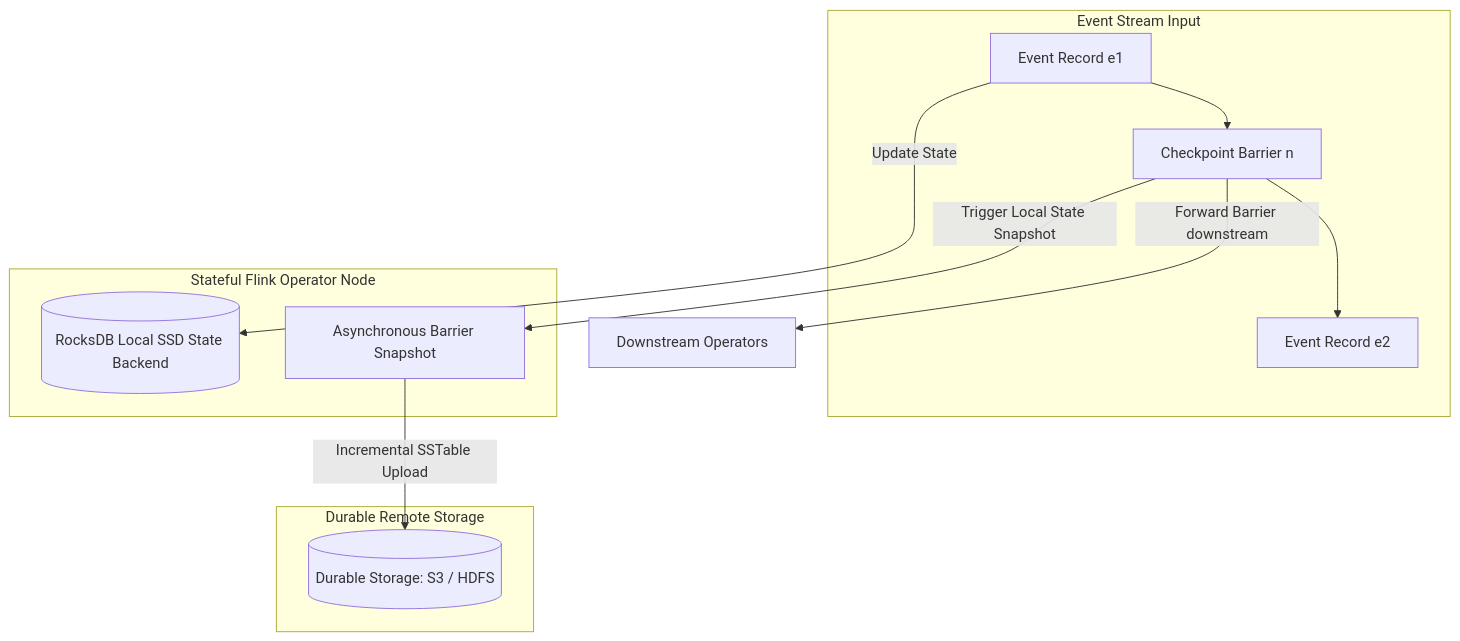
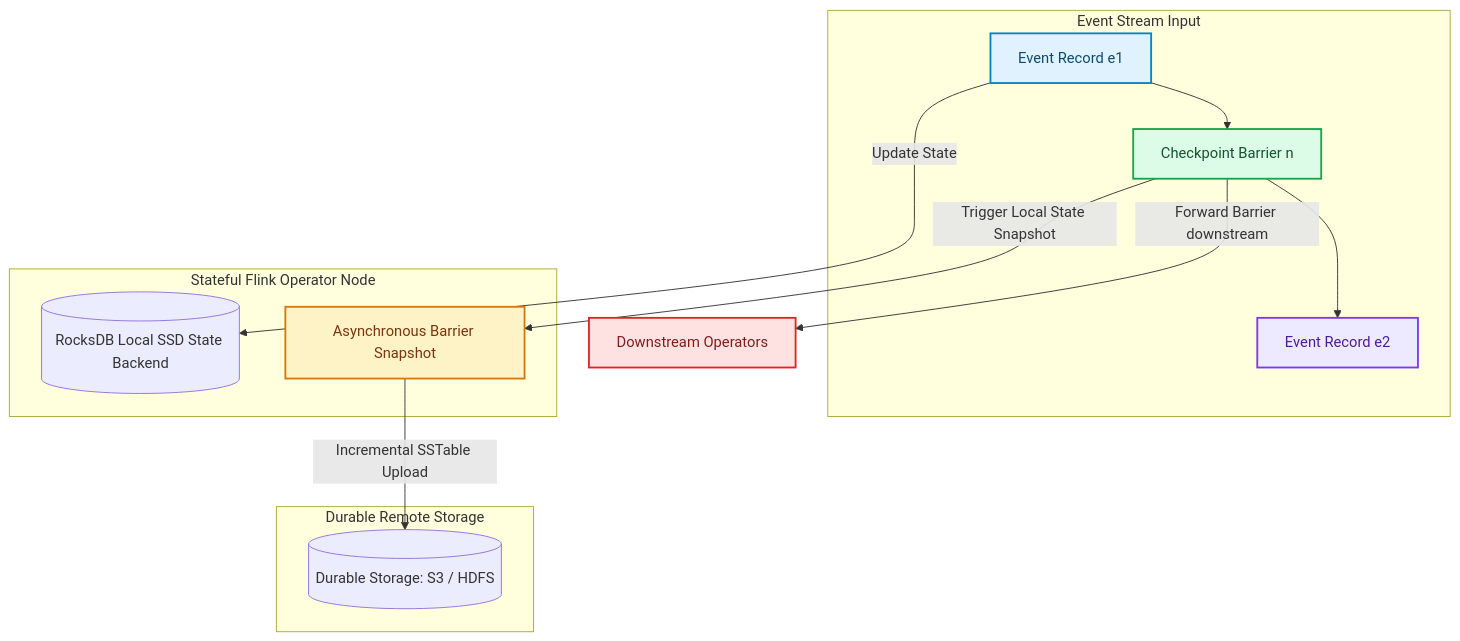
The diagram in blog/posts/stateful-stream-processing-apache-flink-rocksdb-checkpointing.md (akmalkhaniub/akmalkhaniub.github.io), drawn with Mermaid before and after one commit. The commit also changed other lines of this file and 1291 other files, not shown here.

First line of the commit message:
feat(catalog): unique covers, scholarly references, and diagram palettes

````diff
--- a/blog/posts/stateful-stream-processing-apache-flink-rocksdb-checkpointing.md
+++ b/blog/posts/stateful-stream-processing-apache-flink-rocksdb-checkpointing.md
@@ -17,18 +17,29 @@
 ```mermaid
 flowchart TD
   subgraph SG1_EventStreamInput ["Event Stream Input"]
-    S1[Event Record e1] --> B1[Checkpoint Barrier n]
-    B1 --> S2[Event Record e2]
+    S1["Event Record e1"] --> B1["Checkpoint Barrier n"]
+    B1 --> S2["Event Record e2"]
   end
   
   subgraph SG2_StatefulFlinkOperator ["Stateful Flink Operator Node"]
     S1 -->|Update State| R[(RocksDB Local SSD State Backend)]
-    B1 -->|Trigger Local State Snapshot| ABS[Asynchronous Barrier Snapshot]
+    B1 -->|Trigger Local State Snapshot| ABS["Asynchronous Barrier Snapshot"]
   end
   
   subgraph SG3_DurableRemoteStorage ["Durable Remote Storage"]
     ABS -->|Incremental SSTable Upload| S3[(Durable Storage: S3 / HDFS)]
   end
   
-  B1 -->|Forward Barrier downstream| OUT[Downstream Operators]
+  B1 -->|Forward Barrier downstream| OUT["Downstream Operators"]
+
+classDef green fill:#dcfce7,stroke:#16a34a,stroke-width:2px,color:#14532d;
+classDef red fill:#fee2e2,stroke:#dc2626,stroke-width:2px,color:#7f1d1d;
+classDef blue fill:#e0f2fe,stroke:#0284c7,stroke-width:2px,color:#0c4a6e;
+classDef yellow fill:#fef3c7,stroke:#d97706,stroke-width:2px,color:#78350f;
+classDef purple fill:#ede9fe,stroke:#7c3aed,stroke-width:2px,color:#4c1d95;
+class S1 blue
+class B1 green
+class S2 purple
+class ABS yellow
+class OUT red
 ```
````
